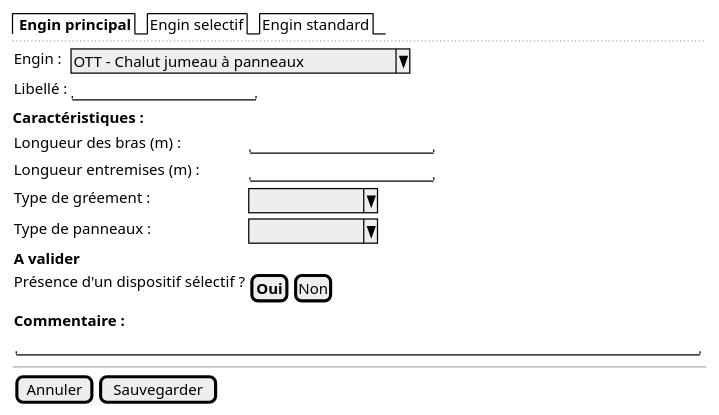
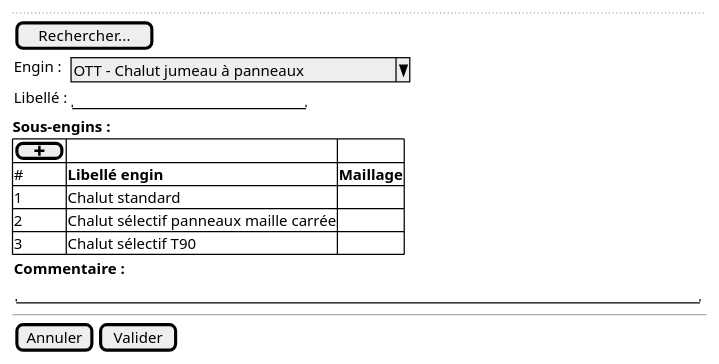
Before and after one commit to sumaris-net/sumaris-doc: the diagram in projects/apase/spe/gear-parent.puml, drawn with PlantUML. The commit also changed 7 other files, not shown here.

```diff
--- a/projects/apase/spe/gear-parent.puml
+++ b/projects/apase/spe/gear-parent.puml
@@ -1,37 +1,36 @@
 @startsalt
 
 {
-
-  {/ <b> Engin principal | Engin selectif | Engin standard }
-  ..
+    ..
+    {
+        [Rechercher...]
+    }
 
     {
       Engin : | { ^ OTT - Chalut jumeau à panneaux ^ }
-      Libellé : | { "                  " }
+      Libellé : | { "                       " }
     }
 
-    <b>Caractéristiques :
+    <b>Sous-engins :
 
-    {
-      Longueur des bras (m) : { "                  " }
-      Longueur entremises (m) : { "                  " }
-      Type de gréement : { ^           ^  }
-      Type de panneaux : { ^           ^  }
-
-      <b>A valider
-      Présence d'un dispositif sélectif ? { [<b>Oui] | [Non] }
+    {#
+      [ <&plus> ] |  .              | .
+      # | <b>Libellé engin | <b>Maillage
+      1 | Chalut standard | .
+      2 | Chalut sélectif panneaux maille carrée | .
+      3 | Chalut sélectif T90 | .
     }
 
     {
         <b>Commentaire :
 
         { "                                                                    "}
     }
 
   --
 
   {
-    [Annuler] | [Sauvegarder]
+    [Annuler] | [Valider]
   }
 }
 @endsalt
```
